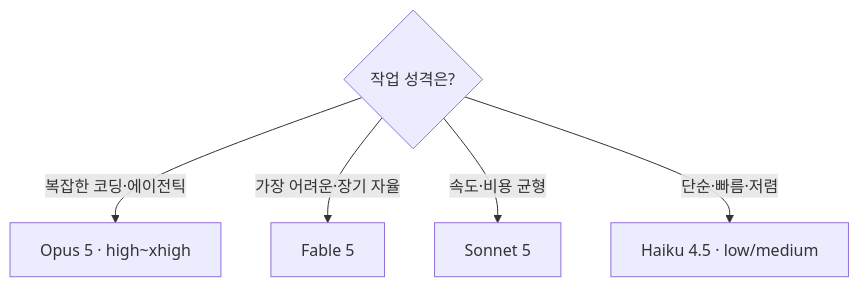
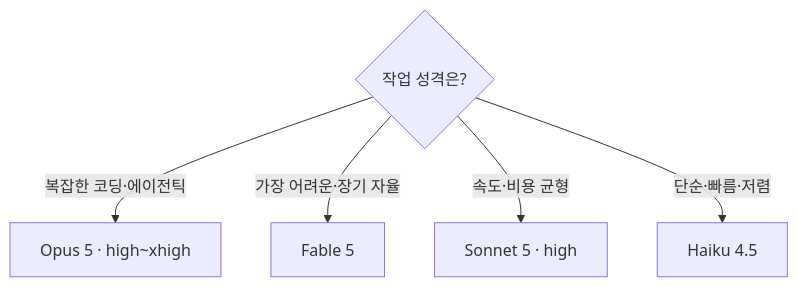
The diagram in content/03-models.md (lsszz2100/claude-code-master-class), drawn with Mermaid before and after one commit. The commit also changed other lines of this file and 4 other files, not shown here.

````diff
--- a/content/03-models.md
+++ b/content/03-models.md
@@ -80,8 +86,8 @@
 ```mermaid
 flowchart TD
     Q{"작업 성격은?"}
     Q -->|"복잡한 코딩·에이전틱"| O["Opus 5 · high~xhigh"]
     Q -->|"가장 어려운·장기 자율"| F["Fable 5"]
-    Q -->|"속도·비용 균형"| S["Sonnet 5"]
-    Q -->|"단순·빠름·저렴"| H["Haiku 4.5 · low/medium"]
+    Q -->|"속도·비용 균형"| S["Sonnet 5 · high"]
+    Q -->|"단순·빠름·저렴"| H["Haiku 4.5"]
 ```
````
